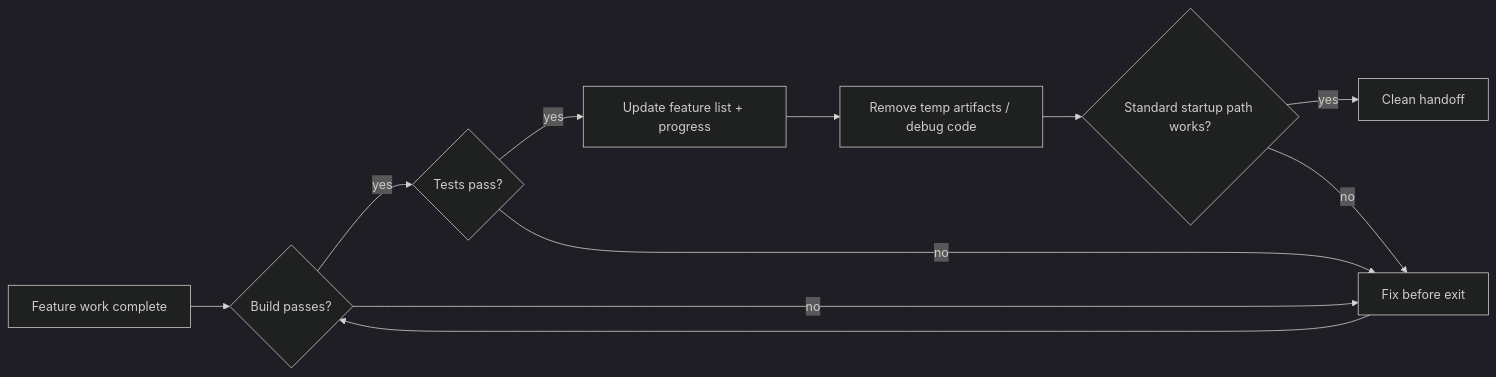
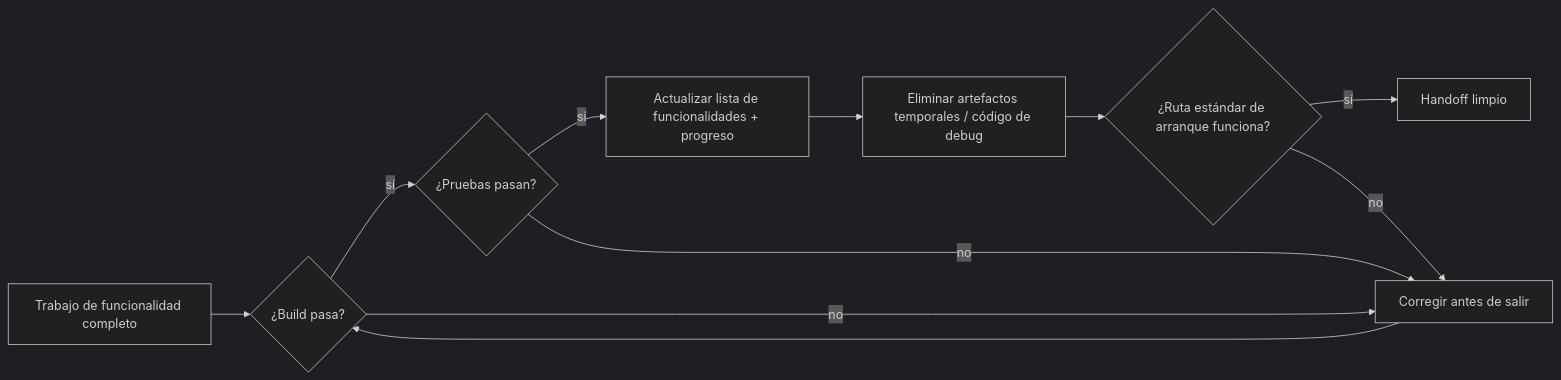
The first of 2 diagrams in docs/es/lectures/lecture-12-why-every-session-must-leave-a-clean-state/index.md (jordipiella/learn-harness-engineering), drawn with Mermaid (dark theme) before and after one commit. The commit also changed other lines of this file and 108 other files, not shown here.

````diff
--- a/docs/es/lectures/lecture-12-why-every-session-must-leave-a-clean-state/index.md
+++ b/docs/es/lectures/lecture-12-why-every-session-must-leave-a-clean-state/index.md
@@ -25,13 +25,13 @@
 ```mermaid
 flowchart LR
-    Work["Feature work complete"] --> Build{"Build passes?"}
-    Build -->|yes| Test{"Tests pass?"}
-    Build -->|no| Fix["Fix before exit"]
-    Test -->|yes| Record["Update feature list + progress"]
+    Work["Trabajo de funcionalidad completo"] --> Build{"¿Build pasa?"}
+    Build -->|sí| Test{"¿Pruebas pasan?"}
+    Build -->|no| Fix["Corregir antes de salir"]
+    Test -->|sí| Record["Actualizar lista de funcionalidades + progreso"]
     Test -->|no| Fix
-    Record --> Cleanup["Remove temp artifacts / debug code"]
-    Cleanup --> Startup{"Standard startup path works?"}
-    Startup -->|yes| Clean["Clean handoff"]
+    Record --> Cleanup["Eliminar artefactos temporales / código de debug"]
+    Cleanup --> Startup{"¿Ruta estándar de arranque funciona?"}
+    Startup -->|sí| Clean["Handoff limpio"]
     Startup -->|no| Fix
     Fix --> Build
 ```
````
